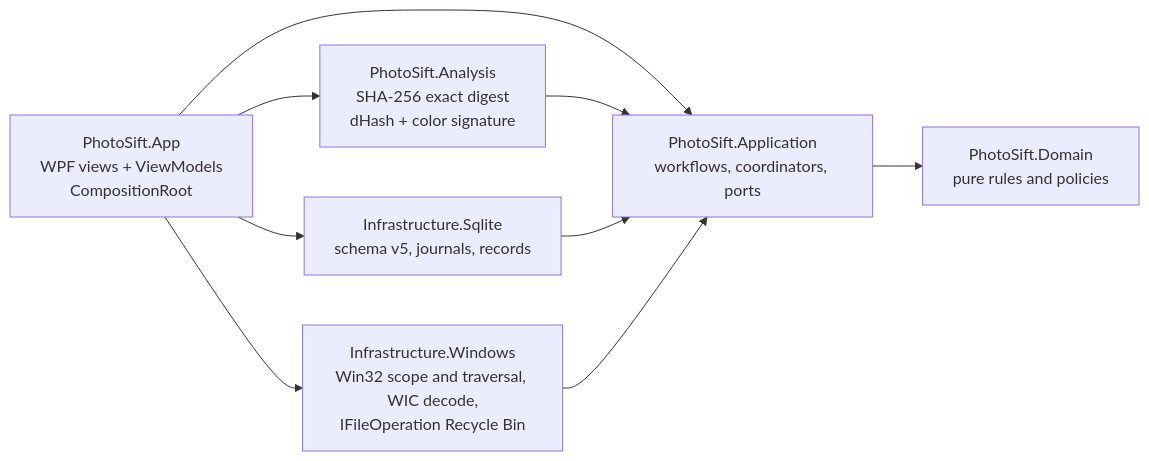
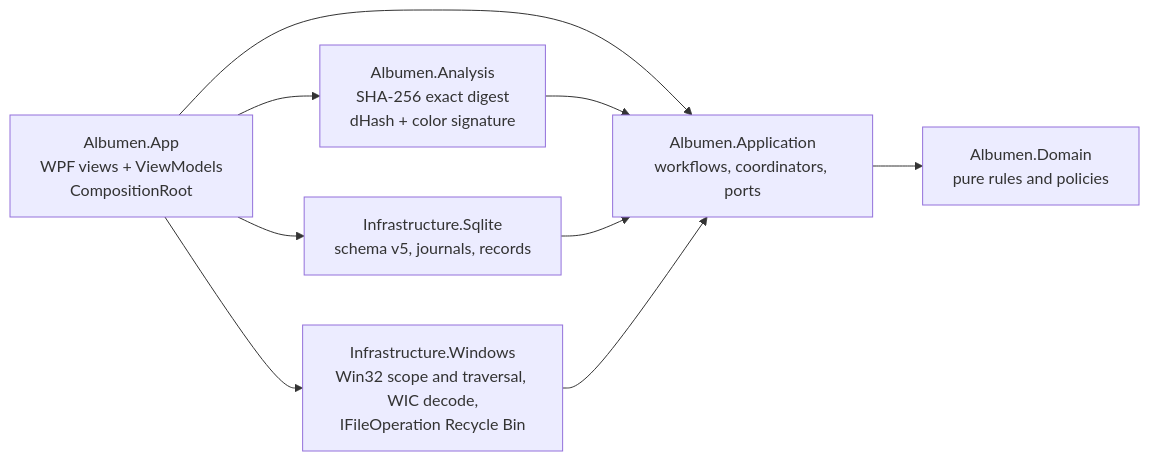
One commit to IgalFridman-dev/Albumen changed the diagram in README.md. Above: the diagram before and after it, drawn with Mermaid. The commit also changed other lines of this file and 707 other files, not shown here.

First line of the commit message:
refactor: rename the app from PhotoSift to Albumen

````diff
--- a/README.md
+++ b/README.md
@@ -57,11 +59,11 @@
 ```mermaid
 flowchart LR
-  App["PhotoSift.App<br/>WPF views + ViewModels<br/>CompositionRoot"] --> Application
+  App["Albumen.App<br/>WPF views + ViewModels<br/>CompositionRoot"] --> Application
   App --> Analysis
   App --> Sqlite
   App --> Windows
-  Analysis["PhotoSift.Analysis<br/>SHA-256 exact digest<br/>dHash + color signature"] --> Application
+  Analysis["Albumen.Analysis<br/>SHA-256 exact digest<br/>dHash + color signature"] --> Application
   Sqlite["Infrastructure.Sqlite<br/>schema v5, journals, records"] --> Application
   Windows["Infrastructure.Windows<br/>Win32 scope and traversal, WIC decode,<br/>IFileOperation Recycle Bin"] --> Application
-  Application["PhotoSift.Application<br/>workflows, coordinators, ports"] --> Domain["PhotoSift.Domain<br/>pure rules and policies"]
+  Application["Albumen.Application<br/>workflows, coordinators, ports"] --> Domain["Albumen.Domain<br/>pure rules and policies"]
 ```
````
